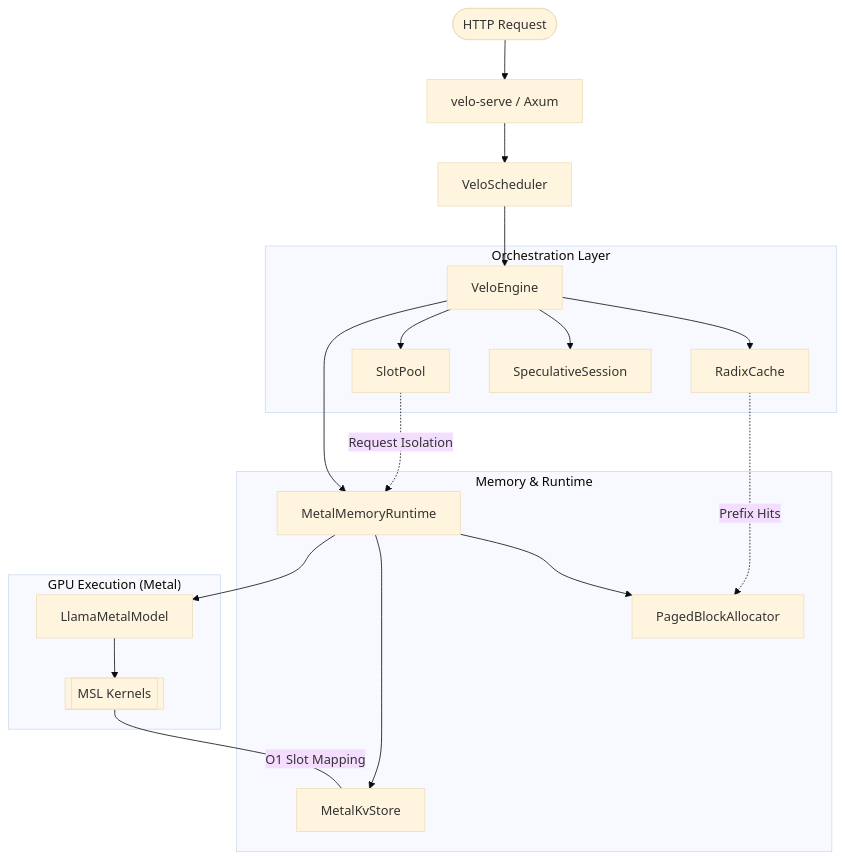
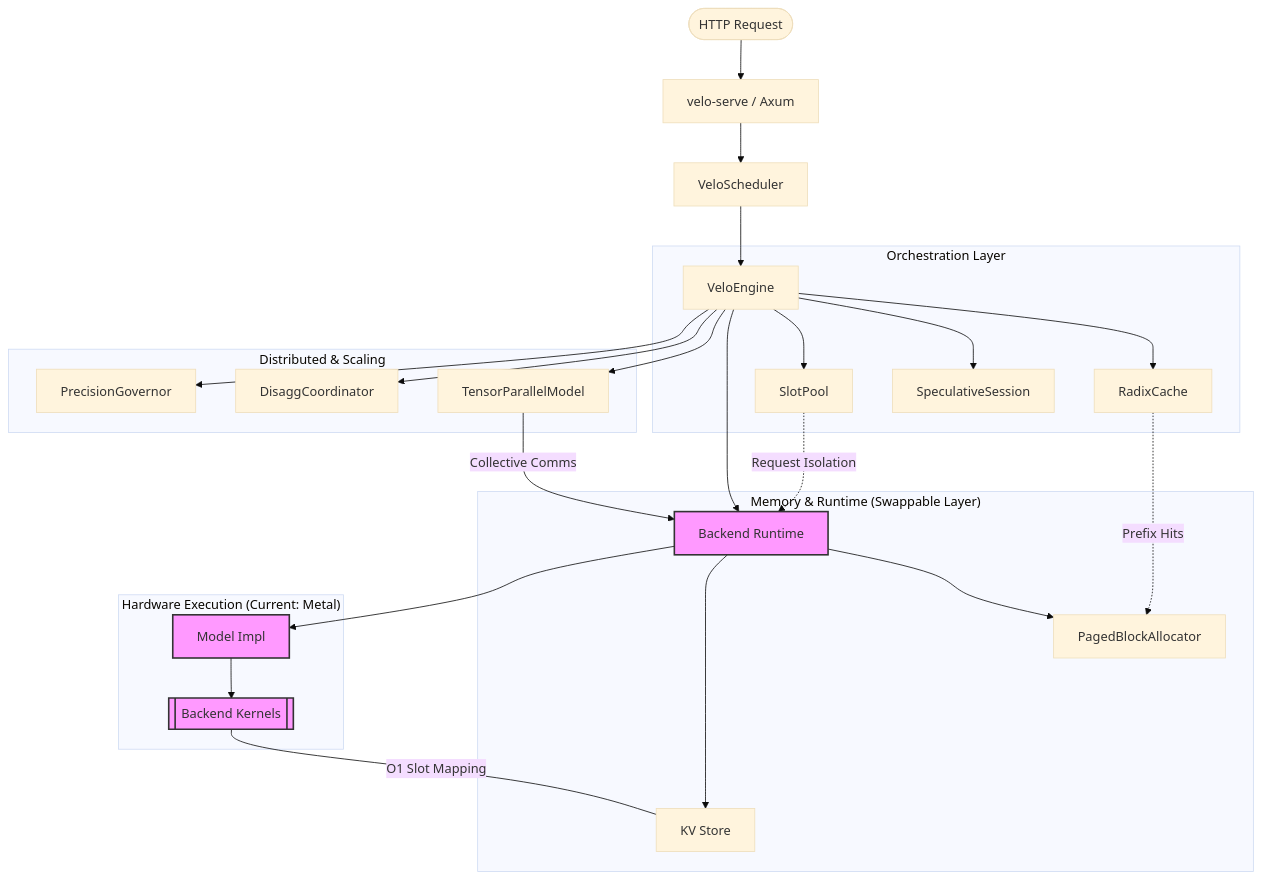
Before and after one commit to developertogo/velo-core: the first of 2 diagrams in README.md, drawn with Mermaid (base theme). The commit also changed other lines of this file and 7 other files, not shown here.

````diff
--- a/README.md
+++ b/README.md
@@ -17,27 +33,38 @@
 ```mermaid
 graph TD
     User([HTTP Request]) --> Server[velo-serve / Axum]
     Server --> Scheduler[VeloScheduler]
     Scheduler --> Engine[VeloEngine]
    
     subgraph "Orchestration Layer"
         Engine --> Radix[RadixCache]
         Engine --> Spec[SpeculativeSession]
         Engine --> Slot[SlotPool]
     end
    
-    subgraph "Memory & Runtime"
-        Engine --> MetalRT[MetalMemoryRuntime]
-        MetalRT --> Paged[PagedBlockAllocator]
-        MetalRT --> Store[MetalKvStore]
+    subgraph "Memory & Runtime (Swappable Layer)"
+        Engine --> RT[Backend Runtime]
+        RT --> Paged[PagedBlockAllocator]
+        RT --> Store[KV Store]
     end
    
-    subgraph "GPU Execution (Metal)"
-        MetalRT --> Model[LlamaMetalModel]
-        Model --> Kernels[[MSL Kernels]]
+    subgraph "Hardware Execution (Current: Metal)"
+        RT --> Model[Model Impl]
+        Model --> Kernels[[Backend Kernels]]
         Kernels --- |O1 Slot Mapping| Store
     end
+    
+    style RT fill:#f9f,stroke:#333,stroke-width:2px
+    style Kernels fill:#f9f,stroke:#333,stroke-width:2px
+    style Model fill:#f9f,stroke:#333,stroke-width:2px
    
+    subgraph "Distributed & Scaling"
+        Engine --> TP[TensorParallelModel]
+        Engine --> Disagg[DisaggCoordinator]
+        Engine --> Gov[PrecisionGovernor]
+    end
+
     Radix -.-> |Prefix Hits| Paged
-    Slot -.-> |Request Isolation| MetalRT
+    Slot -.-> |Request Isolation| RT
+    TP --> |Collective Comms| RT
 ```
````
